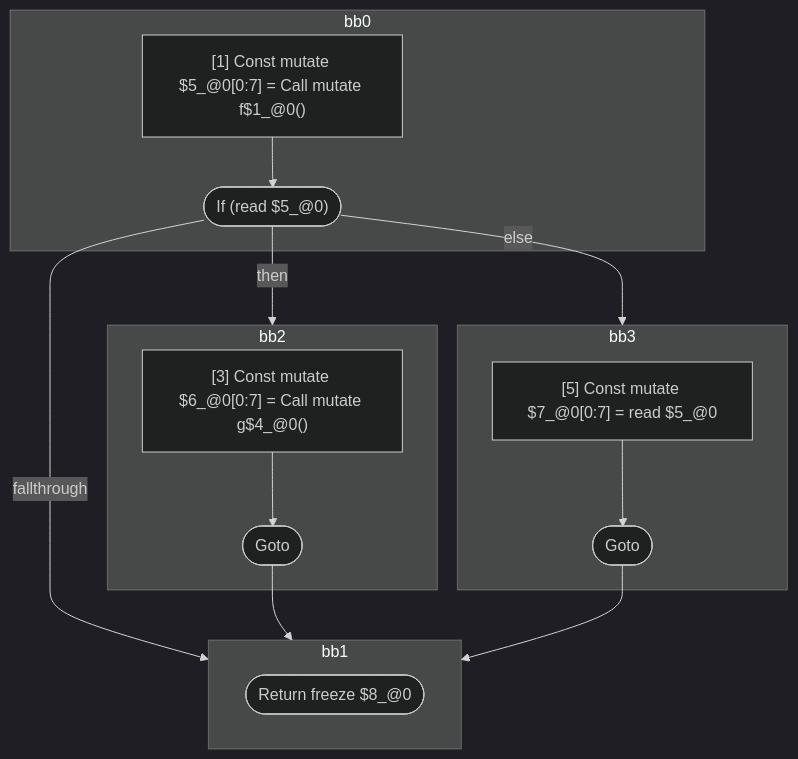
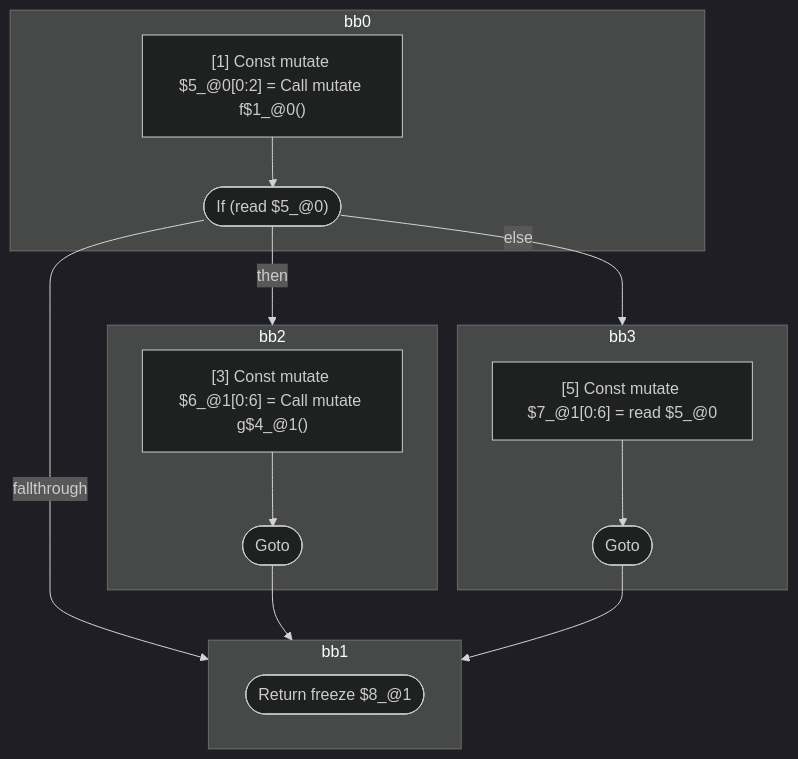
The first of 5 diagrams in compiler/forget/src/__tests__/fixtures/hir/logical-expression.expect.md (wutsmog/private), drawn with Mermaid (dark theme) before and after one commit. The commit also changed other lines of this file and 4 other files, not shown here.

````diff
--- a/compiler/forget/src/__tests__/fixtures/hir/logical-expression.expect.md
+++ b/compiler/forget/src/__tests__/fixtures/hir/logical-expression.expect.md
@@ -45,33 +45,33 @@
 ```mermaid
 flowchart TB
   %% Basic Blocks
   subgraph bb0
     bb0_instrs["
-      [1] Const mutate $5_@0[0:7] = Call mutate f$1_@0()
+      [1] Const mutate $5_@0[0:2] = Call mutate f$1_@0()
     "]
     bb0_instrs --> bb0_terminal(["If (read $5_@0)"])
   end
   subgraph bb2
     bb2_instrs["
-      [3] Const mutate $6_@0[0:7] = Call mutate g$4_@0()
+      [3] Const mutate $6_@1[0:6] = Call mutate g$4_@1()
     "]
     bb2_instrs --> bb2_terminal(["Goto"])
   end
   subgraph bb3
     bb3_instrs["
-      [5] Const mutate $7_@0[0:7] = read $5_@0
+      [5] Const mutate $7_@1[0:6] = read $5_@0
     "]
     bb3_instrs --> bb3_terminal(["Goto"])
   end
   subgraph bb1
-    bb1_terminal(["Return freeze $8_@0"])
+    bb1_terminal(["Return freeze $8_@1"])
   end
 
   %% Jumps
   bb0_terminal -- "then" --> bb2
   bb0_terminal -- "else" --> bb3
   bb0_terminal -- "fallthrough" --> bb1
   bb2_terminal --> bb1
   bb3_terminal --> bb1
 
 ```
````
